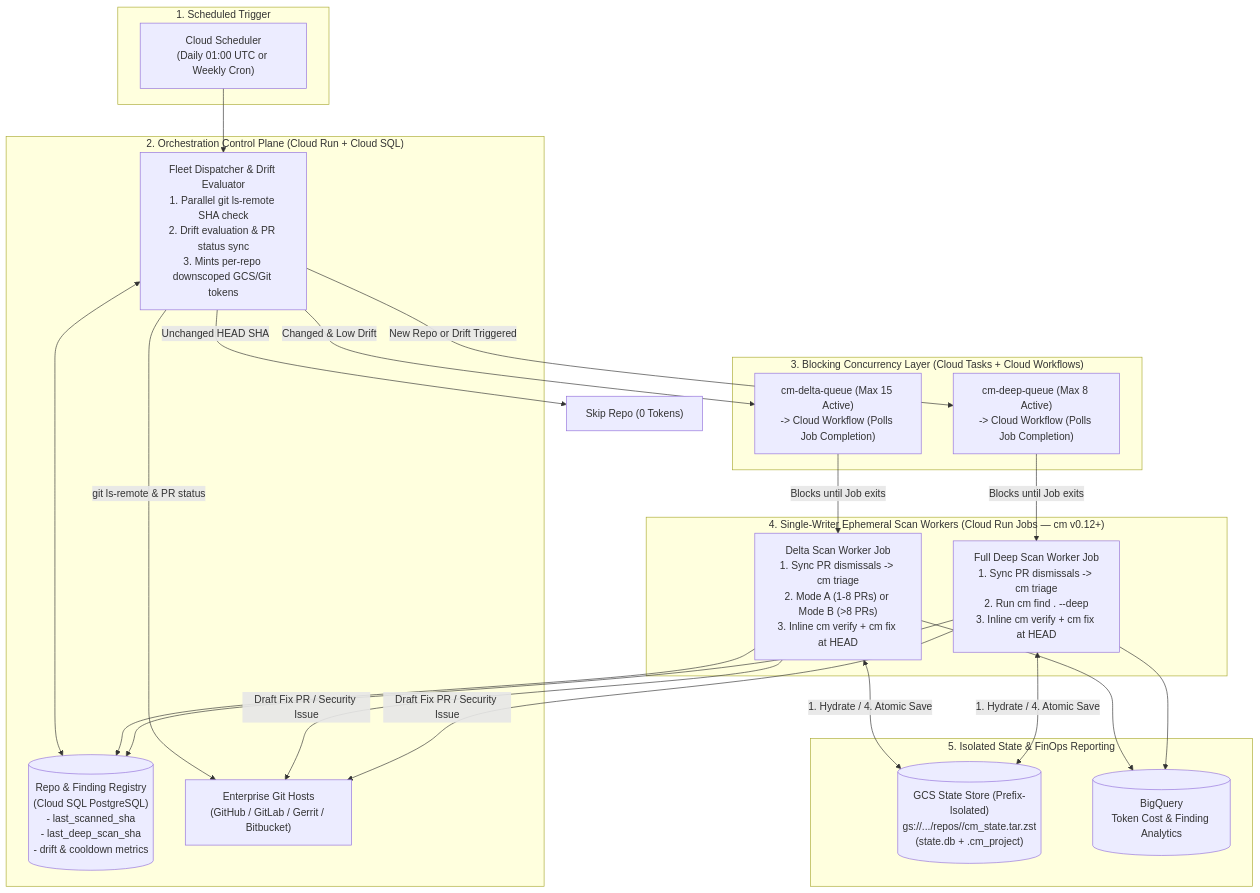
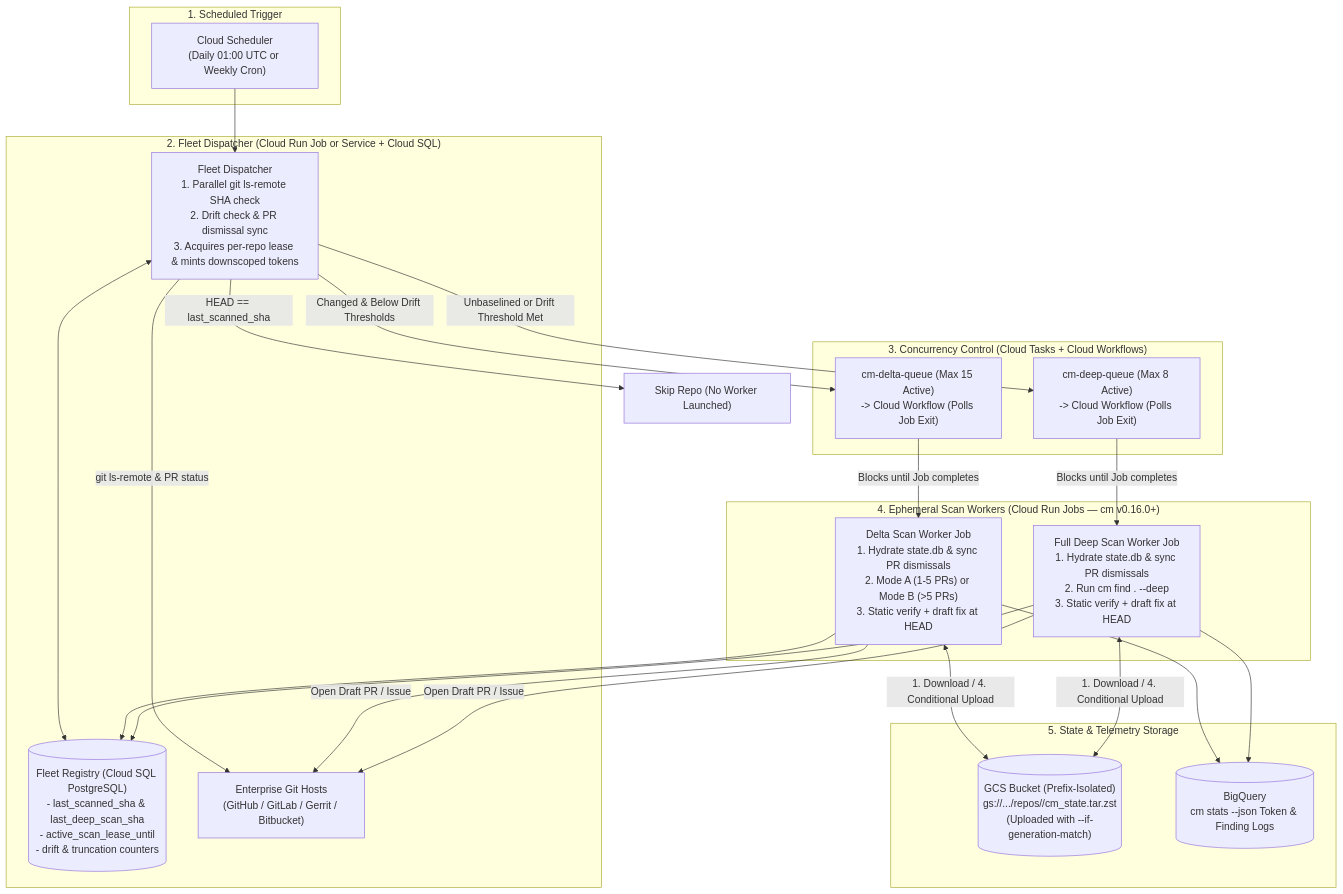
One commit to kuiluo-fde/codemender_multi_repo_daily_scanning changed the first of 3 diagrams in docs/codemender_fleet_scanning_design_doc.md. Above: the diagram before and after it, drawn with Mermaid. The commit also changed other lines of this file and 1 other file, not shown here.

Commit message:
docs: update design doc and Mode B file scoping for cm v0.16.0+

````diff
--- a/docs/codemender_fleet_scanning_design_doc.md
+++ b/docs/codemender_fleet_scanning_design_doc.md
@@ -61,39 +72,39 @@
 ```mermaid
 flowchart TB
     subgraph Trigger["1. Scheduled Trigger"]
         CS["Cloud Scheduler\n(Daily 01:00 UTC or Weekly Cron)"]
     end
 
-    subgraph ControlPlane["2. Orchestration Control Plane (Cloud Run + Cloud SQL)"]
-        DISP["Fleet Dispatcher & Drift Evaluator\n1. Parallel git ls-remote SHA check\n2. Drift evaluation & PR status sync\n3. Mints per-repo downscoped GCS/Git tokens"]
-        DB[("Repo & Finding Registry\n(Cloud SQL PostgreSQL)\n- last_scanned_sha\n- last_deep_scan_sha\n- drift & cooldown metrics")]
+    subgraph ControlPlane["2. Fleet Dispatcher (Cloud Run Job or Service + Cloud SQL)"]
+        DISP["Fleet Dispatcher\n1. Parallel git ls-remote SHA check\n2. Drift check & PR dismissal sync\n3. Acquires per-repo lease & mints downscoped tokens"]
+        DB[("Fleet Registry (Cloud SQL PostgreSQL)\n- last_scanned_sha & last_deep_scan_sha\n- active_scan_lease_until\n- drift & truncation counters")]
         VCS["Enterprise Git Hosts\n(GitHub / GitLab / Gerrit / Bitbucket)"]
     end
 
-    subgraph Queues["3. Blocking Concurrency Layer (Cloud Tasks + Cloud Workflows)"]
-        QD["cm-delta-queue (Max 15 Active)\n-> Cloud Workflow (Polls Job Completion)"]
-        QDEEP["cm-deep-queue (Max 8 Active)\n-> Cloud Workflow (Polls Job Completion)"]
+    subgraph Queues["3. Concurrency Control (Cloud Tasks + Cloud Workflows)"]
+        QD["cm-delta-queue (Max 15 Active)\n-> Cloud Workflow (Polls Job Exit)"]
+        QDEEP["cm-deep-queue (Max 8 Active)\n-> Cloud Workflow (Polls Job Exit)"]
     end
 
-    subgraph Workers["4. Single-Writer Ephemeral Scan Workers (Cloud Run Jobs — cm v0.12+)"]
-        WD["Delta Scan Worker Job\n1. Sync PR dismissals -> cm triage\n2. Mode A (1-8 PRs) or Mode B (>8 PRs)\n3. Inline cm verify + cm fix at HEAD"]
-        WDEEP["Full Deep Scan Worker Job\n1. Sync PR dismissals -> cm triage\n2. Run cm find . --deep\n3. Inline cm verify + cm fix at HEAD"]
+    subgraph Workers["4. Ephemeral Scan Workers (Cloud Run Jobs — cm v0.16.0+)"]
+        WD["Delta Scan Worker Job\n1. Hydrate state.db & sync PR dismissals\n2. Mode A (1-5 PRs) or Mode B (>5 PRs)\n3. Static verify + draft fix at HEAD"]
+        WDEEP["Full Deep Scan Worker Job\n1. Hydrate state.db & sync PR dismissals\n2. Run cm find . --deep\n3. Static verify + draft fix at HEAD"]
     end
 
-    subgraph Storage["5. Isolated State & FinOps Reporting"]
-        GCS[("GCS State Store (Prefix-Isolated)\ngs://.../repos/<repo_id>/cm_state.tar.zst\n(state.db + .cm_project)")]
-        BQ[("BigQuery\nToken Cost & Finding Analytics")]
+    subgraph Storage["5. State & Telemetry Storage"]
+        GCS[("GCS Bucket (Prefix-Isolated)\ngs://.../repos/<repo_id>/cm_state.tar.zst\n(Uploaded with --if-generation-match)")]
+        BQ[("BigQuery\ncm stats --json Token & Finding Logs")]
     end
 
     CS --> DISP
     DISP <--> DB
     DISP -->|git ls-remote & PR status| VCS
-    DISP -->|Unchanged HEAD SHA| SKIP["Skip Repo (0 Tokens)"]
-    DISP -->|Changed & Low Drift| QD
-    DISP -->|New Repo or Drift Triggered| QDEEP
-    QD -->|Blocks until Job exits| WD
-    QDEEP -->|Blocks until Job exits| WDEEP
-    WD & WDEEP <-->|1. Hydrate / 4. Atomic Save| GCS
-    WD & WDEEP -->|Draft Fix PR / Security Issue| VCS
+    DISP -->|HEAD == last_scanned_sha| SKIP["Skip Repo (No Worker Launched)"]
+    DISP -->|Changed & Below Drift Thresholds| QD
+    DISP -->|Unbaselined or Drift Threshold Met| QDEEP
+    QD -->|Blocks until Job completes| WD
+    QDEEP -->|Blocks until Job completes| WDEEP
+    WD & WDEEP <-->|1. Download / 4. Conditional Upload| GCS
+    WD & WDEEP -->|Open Draft PR / Issue| VCS
     WD & WDEEP --> DB & BQ
 ```
````
